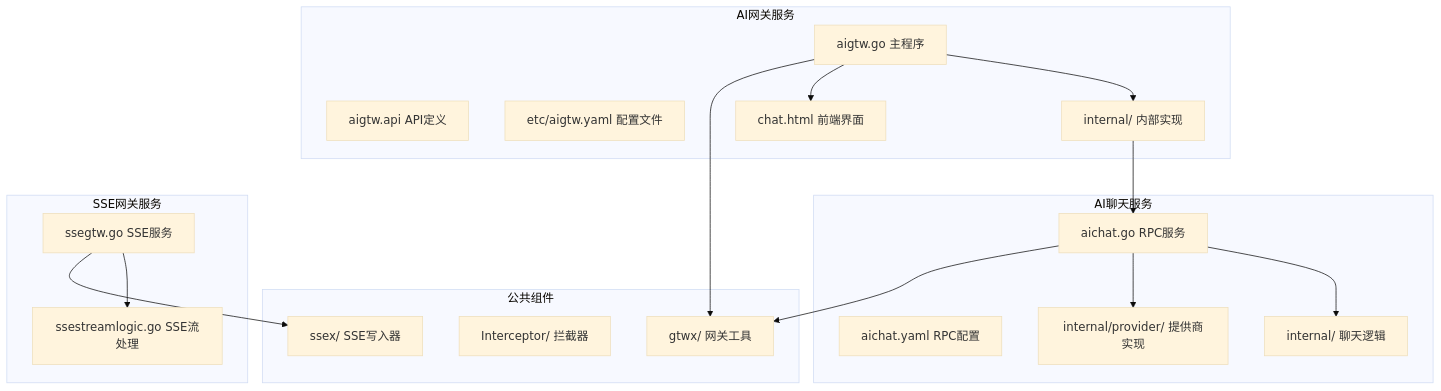
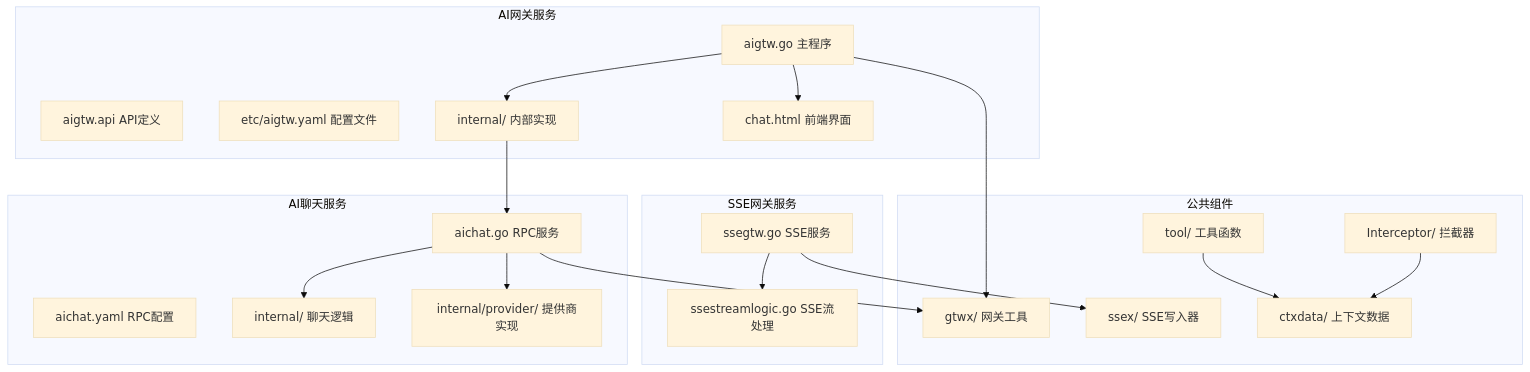
The first of 11 diagrams in .qoder/repowiki/zh/content/网关与接口/AI网关服务.md (maomao94/zero-service), drawn with Mermaid (base theme) before and after one commit. The commit also changed other lines of this file and 11 other files, not shown here.

````diff
--- a/.qoder/repowiki/zh/content/网关与接口/AI网关服务.md
+++ b/.qoder/repowiki/zh/content/网关与接口/AI网关服务.md
@@ -64,34 +72,38 @@
 ```mermaid
 graph TB
 subgraph "AI网关服务"
 A[aigtw.go 主程序]
 B[aigtw.api API定义]
 C[etc/aigtw.yaml 配置文件]
 D[internal/ 内部实现]
 E[chat.html 前端界面]
 end
 subgraph "AI聊天服务"
 F[aichat.go RPC服务]
 G[aichat.yaml RPC配置]
 H[internal/ 聊天逻辑]
 I[internal/provider/ 提供商实现]
 end
 subgraph "SSE网关服务"
 J[ssegtw.go SSE服务]
 K[ssestreamlogic.go SSE流处理]
 end
 subgraph "公共组件"
 L[gtwx/ 网关工具]
 M[Interceptor/ 拦截器]
 N[ssex/ SSE写入器]
+O[ctxdata/ 上下文数据]
+P[tool/ 工具函数]
 end
 A --> D
 A --> E
 D --> F
 F --> H
 F --> I
 A --> L
 F --> L
 J --> K
 J --> N
+M --> O
+P --> O
 ```
````
